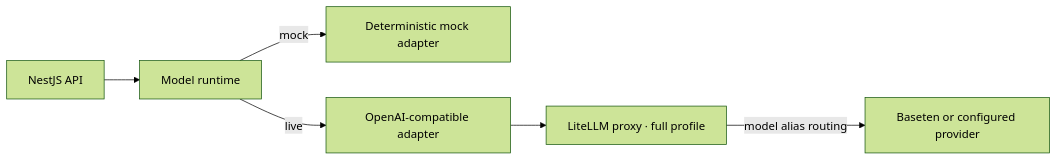
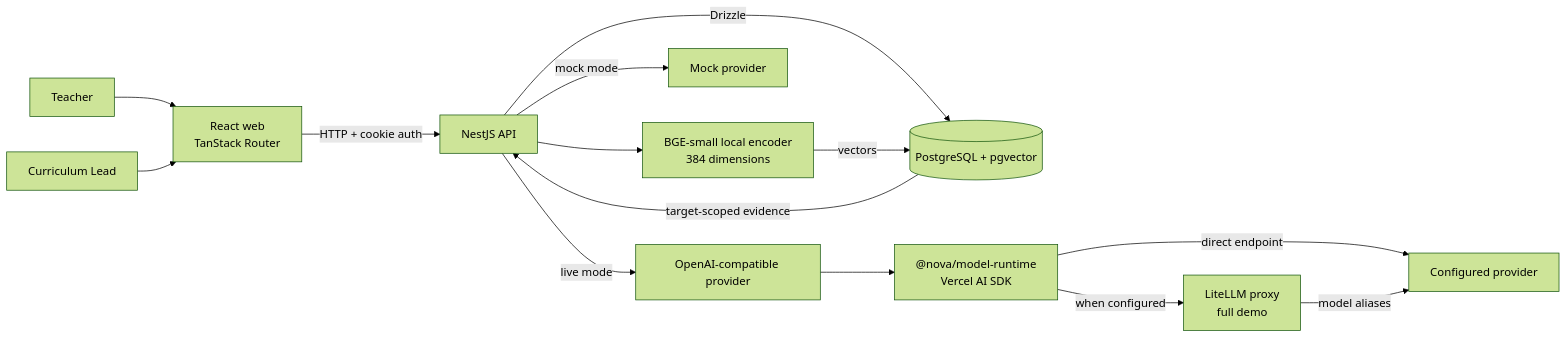
The first of 2 diagrams in docs/architecture.md (steekam/nova-takehome), drawn with Mermaid (forest theme) before and after one commit. The commit also changed other lines of this file and 46 other files, not shown here.

````diff
--- a/docs/architecture.md
+++ b/docs/architecture.md
@@ -18,8 +7,16 @@
 ```mermaid
 flowchart LR
-  API[NestJS API] --> Runtime[Model runtime]
-  Runtime -->|mock| Mock[Deterministic mock adapter]
-  Runtime -->|live| Adapter[OpenAI-compatible adapter]
-  Adapter --> LiteLLM[LiteLLM proxy · full profile]
-  LiteLLM -->|model alias routing| Provider[Baseten or configured provider]
+  Teacher["Teacher"] --> Web["React web<br/>TanStack Router"]
+  Lead["Curriculum Lead"] --> Web
+  Web -->|HTTP + cookie auth| API["NestJS API"]
+  API -->|Drizzle| DB[("PostgreSQL + pgvector")]
+  API --> BGE["BGE-small local encoder<br/>384 dimensions"]
+  BGE -->|vectors| DB
+  DB -->|target-scoped evidence| API
+  API -->|mock mode| Mock["Mock provider"]
+  API -->|live mode| Adapter["OpenAI-compatible provider"]
+  Adapter --> Runtime["@nova/model-runtime<br/>Vercel AI SDK"]
+  Runtime -->|direct endpoint| Provider["Configured provider"]
+  Runtime -->|when configured| LiteLLM["LiteLLM proxy<br/>full demo"]
+  LiteLLM -->|model aliases| Provider
 ```
````
